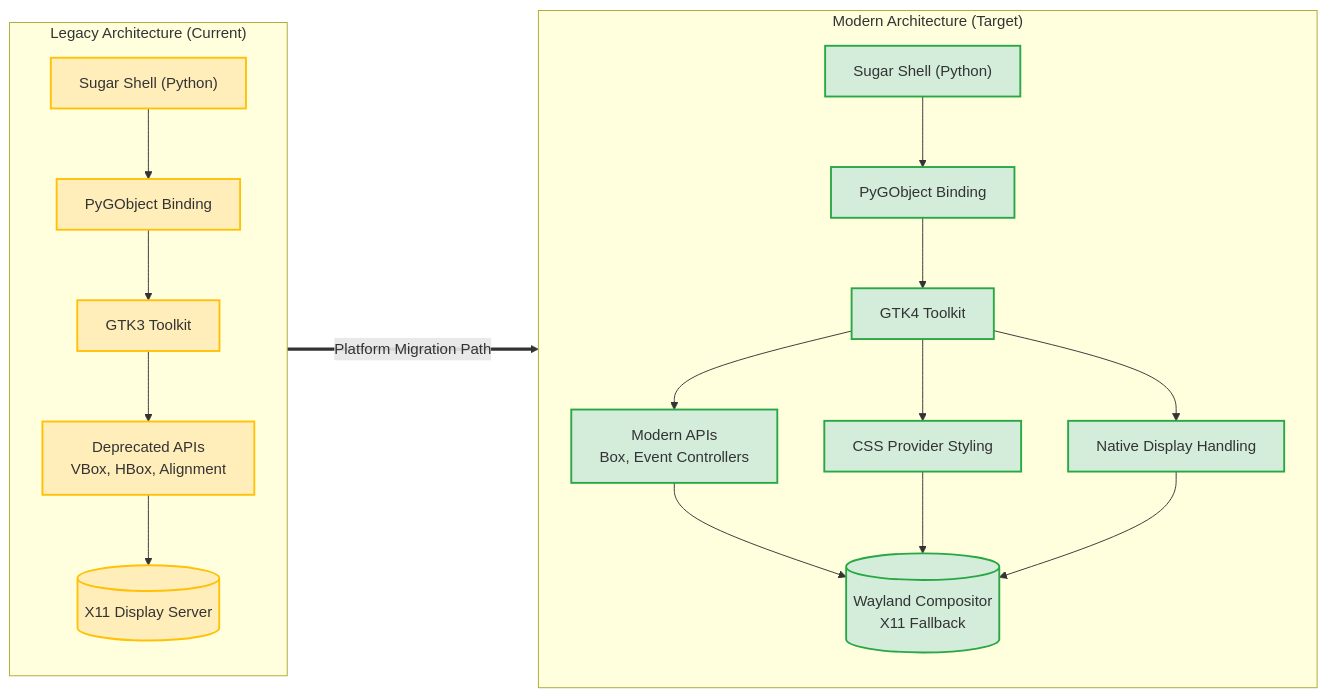
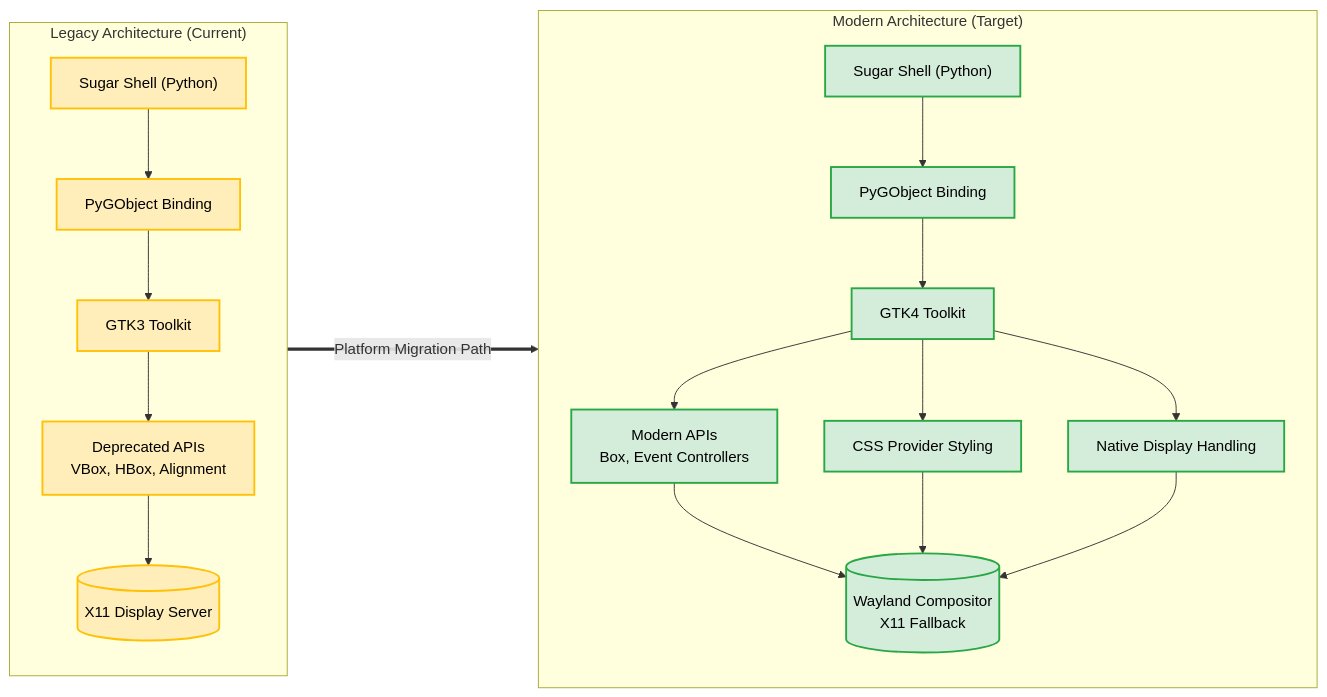
The third of 5 diagrams in proposal.md (Dev10-sys/sugar-proposal-gtk), drawn with Mermaid before and after one commit. The commit also changed other lines of this file, not shown here.

Commit message:
Force black text color in mermaid classes for dark mode visibility on light backgrounds

````diff
--- a/proposal.md
+++ b/proposal.md
@@ -182,31 +182,31 @@
 ```mermaid
 flowchart LR
-    classDef legacy fill:#ffeeba,stroke:#ffc107,stroke-width:2px;
-    classDef modern fill:#d4edda,stroke:#28a745,stroke-width:2px;
+    classDef legacy fill:#ffeeba,stroke:#ffc107,stroke-width:2px,color:#000;
+    classDef modern fill:#d4edda,stroke:#28a745,stroke-width:2px,color:#000;
 
     subgraph LegacyArch ["Legacy Architecture (Current)"]
         direction TB
         L1["Sugar Shell (Python)"]
         L1 --> L2["PyGObject Binding"]
         L2 --> L3["GTK3 Toolkit"]
         L3 --> L4["Deprecated APIs<br/>VBox, HBox, Alignment"]
         L4 --> L5[("X11 Display Server")]
     end
     class L1,L2,L3,L4,L5 legacy;
 
     subgraph TargetArch ["Modern Architecture (Target)"]
         direction TB
         T1["Sugar Shell (Python)"]
         T1 --> T2["PyGObject Binding"]
         T2 --> T3["GTK4 Toolkit"]
         T3 --> T4["Modern APIs<br/>Box, Event Controllers"]
         T3 --> T5["CSS Provider Styling"]
         T3 --> T6["Native Display Handling"]
         T4 --> T7[("Wayland Compositor<br/>X11 Fallback")]
         T5 --> T7
         T6 --> T7
     end
     class T1,T2,T3,T4,T5,T6,T7 modern;
     
     LegacyArch ===>|Platform Migration Path| TargetArch
 ```
````
